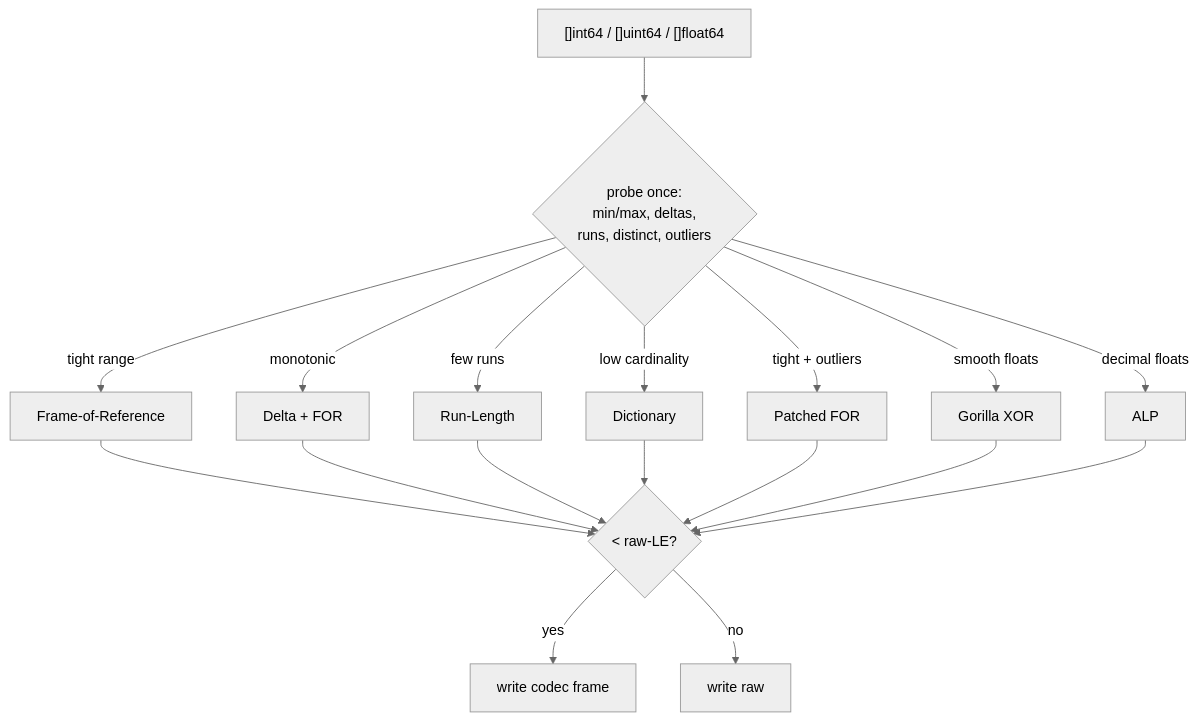
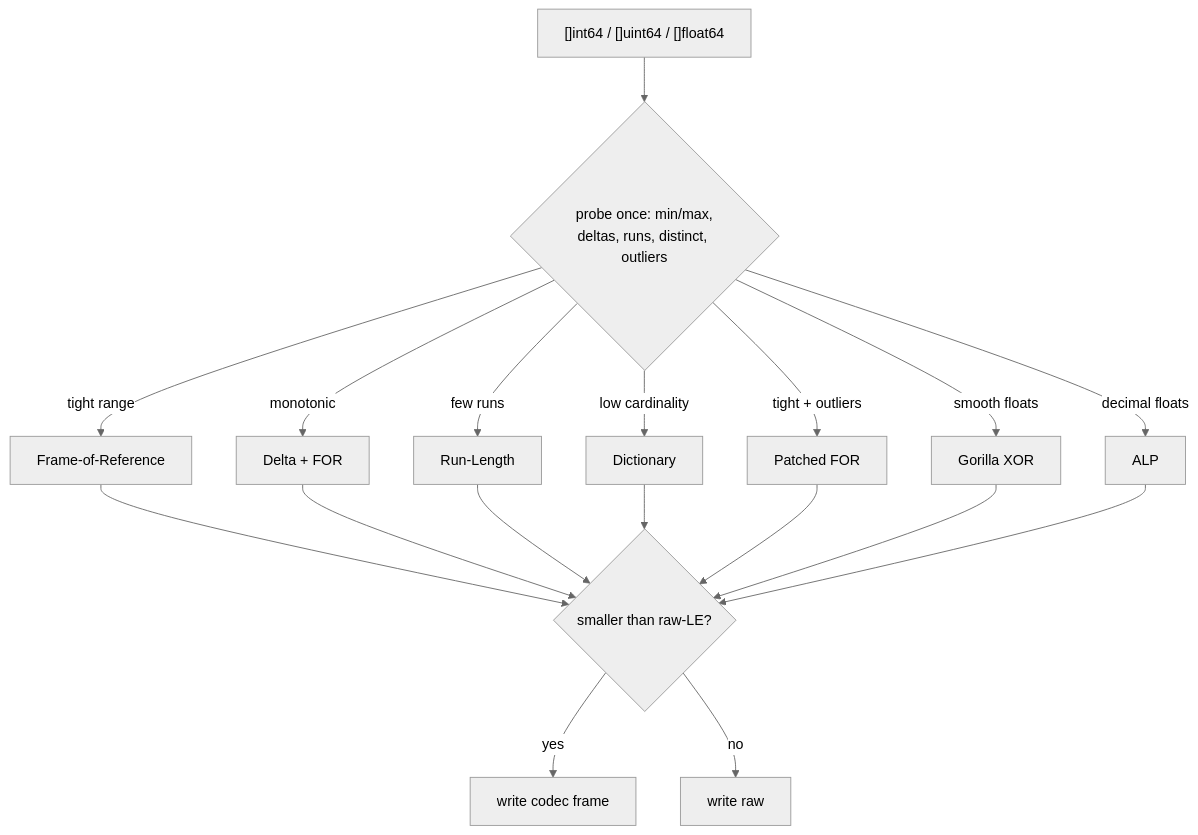
Before and after one commit to alex60217101990/qdf: the second of 4 diagrams in docs/ARTICLE.md, drawn with Mermaid (neutral theme). The commit also changed other lines of this file and 1 other file, not shown here.

First line of the commit message:
docs: fix mermaid diagrams rendering as raw code

````diff
--- a/docs/ARTICLE.md
+++ b/docs/ARTICLE.md
@@ -154,16 +154,14 @@
 ```mermaid
 flowchart TD
-    S["[]int64 / []uint64 / []float64"] --> P{probe once:
-min/max, deltas,
-runs, distinct, outliers}
+    S["[]int64 / []uint64 / []float64"] --> P{"probe once: min/max,<br/>deltas, runs, distinct, outliers"}
     P -->|tight range| FOR[Frame-of-Reference]
     P -->|monotonic| DFOR[Delta + FOR]
     P -->|few runs| RLE[Run-Length]
     P -->|low cardinality| DICT[Dictionary]
     P -->|tight + outliers| PFOR[Patched FOR]
     P -->|smooth floats| GOR[Gorilla XOR]
     P -->|decimal floats| ALP[ALP]
-    FOR & DFOR & RLE & DICT & PFOR & GOR & ALP --> K{< raw-LE?}
+    FOR & DFOR & RLE & DICT & PFOR & GOR & ALP --> K{"smaller than raw-LE?"}
     K -->|yes| W[write codec frame]
     K -->|no| R[write raw]
 ```
````
